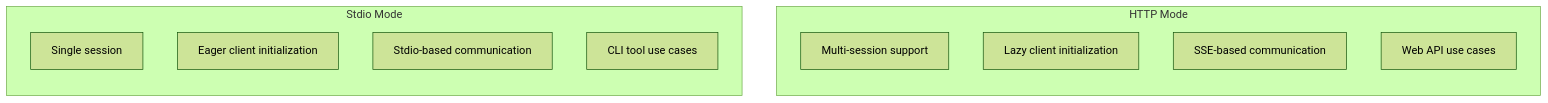
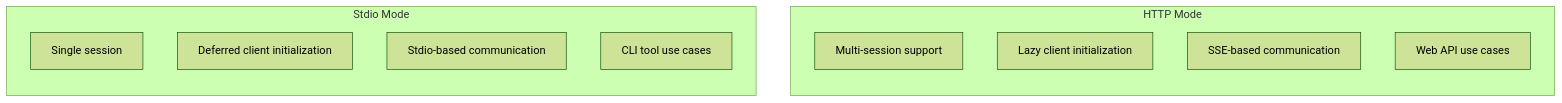
One commit to karashiiro/my-cool-proxy changed the first of 3 diagrams in docs/design/transport-modes.md. Above: the diagram before and after it, drawn with Mermaid (forest theme). The commit also changed other lines of this file and 8 other files, not shown here.

````diff
--- a/docs/design/transport-modes.md
+++ b/docs/design/transport-modes.md
@@ -7,18 +7,18 @@
 ```mermaid
 flowchart TB
     subgraph HTTP["HTTP Mode"]
         direction TB
         H1["Multi-session support"]
         H2["Lazy client initialization"]
         H3["SSE-based communication"]
         H4["Web API use cases"]
     end
 
     subgraph Stdio["Stdio Mode"]
         direction TB
         S1["Single session"]
-        S2["Eager client initialization"]
+        S2["Deferred client initialization"]
         S3["Stdio-based communication"]
         S4["CLI tool use cases"]
     end
 ```
````
